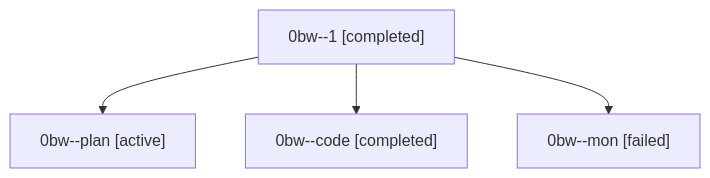
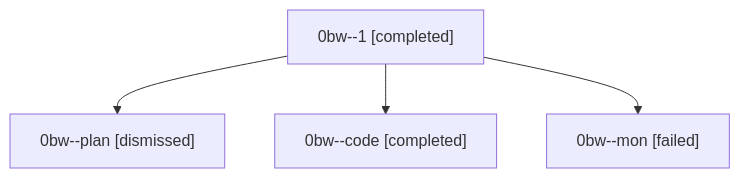
Before and after one commit to sase-org/sase--agents: the diagram in sessions/bbugyi200.athena.0bw.md, drawn with Mermaid. The commit also changed other lines of this file and 29 other files, not shown here.

````diff
--- a/sessions/bbugyi200.athena.0bw.md
+++ b/sessions/bbugyi200.athena.0bw.md
@@ -9,10 +9,10 @@
 ```mermaid
 flowchart TD
   n0["0bw--1 [completed]"]
-  n1["0bw--plan [active]"]
+  n1["0bw--plan [dismissed]"]
   n0 --> n1
   n2["0bw--code [completed]"]
   n0 --> n2
   n3["0bw--mon [failed]"]
   n0 --> n3
 ```
````
